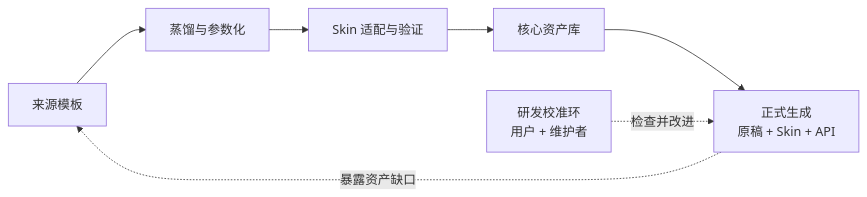
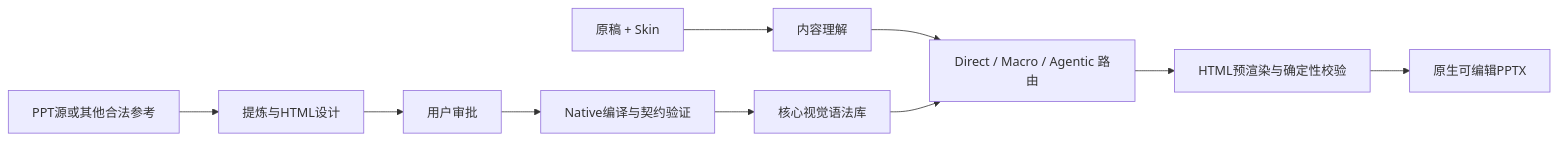
The diagram in docs/产品定义.md (NEUwpy/PPagenT), drawn with Mermaid before and after one commit. The commit also changed other lines of this file and 27 other files, not shown here.

````diff
--- a/docs/产品定义.md
+++ b/docs/产品定义.md
@@ -47,9 +45,12 @@
 ```mermaid
 flowchart LR
-    A["来源模板"] --> B["蒸馏与参数化"]
-    B --> C["Skin 适配与验证"]
-    C --> D["核心资产库"]
-    D --> E["正式生成<br/>原稿 + Skin + API"]
-    F["研发校准环<br/>用户 + 维护者"] -.检查并改进.-> E
-    E -.暴露资产缺口.-> A
+    A["PPT源或其他合法参考"] --> B["提炼与HTML设计"]
+    B --> C["用户审批"]
+    C --> D["Native编译与契约验证"]
+    D --> E["核心视觉语法库"]
+    F["原稿 + Skin"] --> G["内容理解"]
+    G --> H["Direct / Macro / Agentic 路由"]
+    E --> H
+    H --> I["HTML预渲染与确定性校验"]
+    I --> J["原生可编辑PPTX"]
 ```
````
